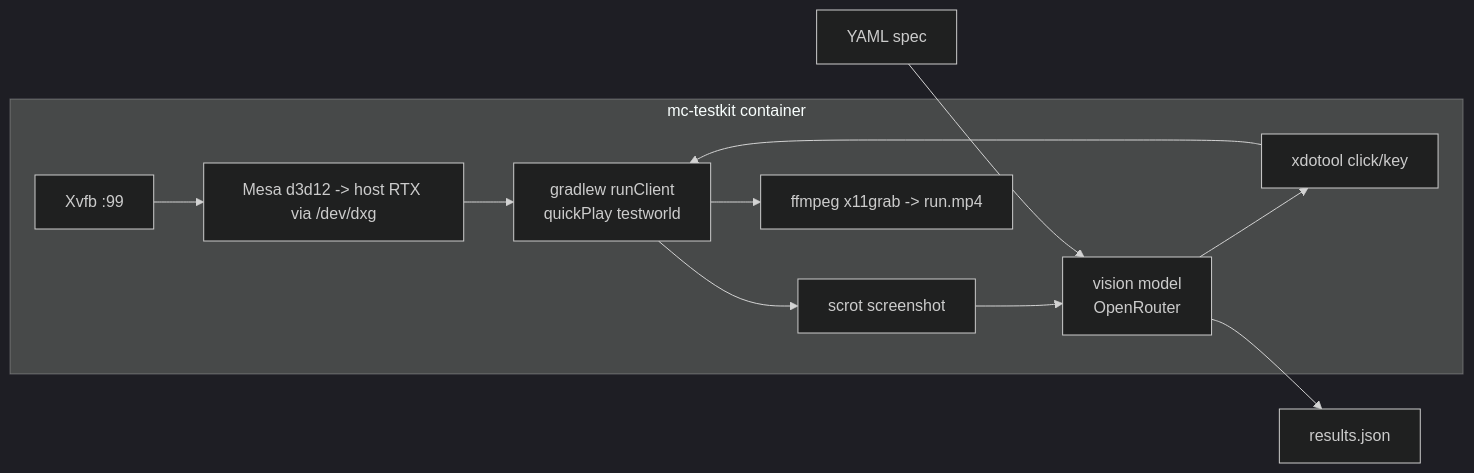
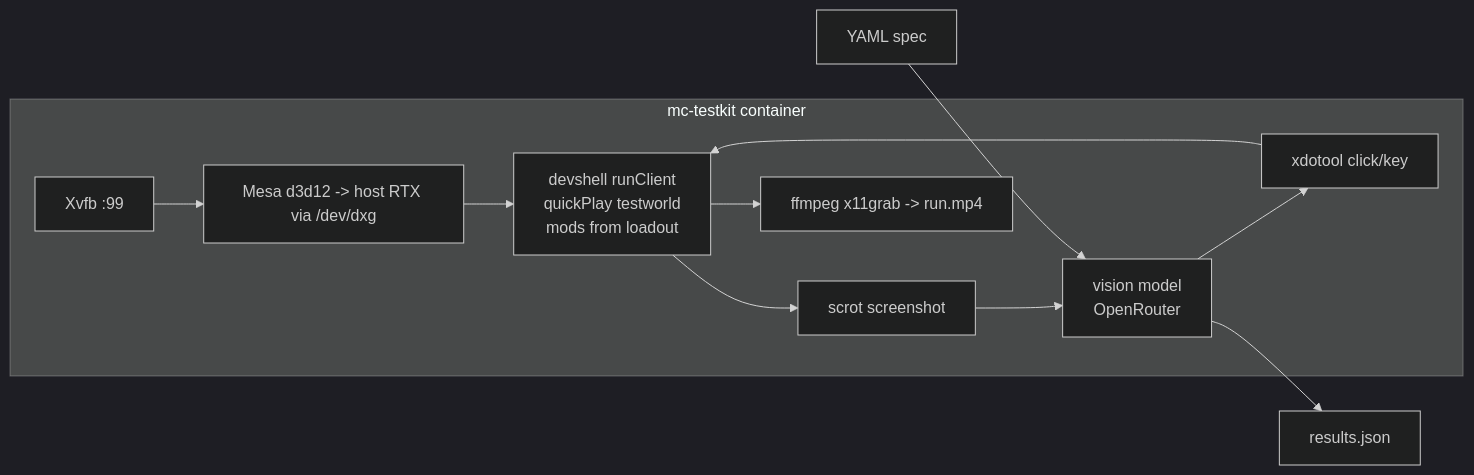
Before and after one commit to botboy0/pathmind: the diagram in website/docs/guides/in-game-testing.md, drawn with Mermaid (dark theme). The commit also changed other lines of this file and 1 other file, not shown here.

First line of the commit message:
Docs: in-game-testing guide + roadmap for the testkit devshell loadout mode

````diff
--- a/website/docs/guides/in-game-testing.md
+++ b/website/docs/guides/in-game-testing.md
@@ -24,14 +28,14 @@
 ```mermaid
 flowchart LR
     subgraph container [mc-testkit container]
         X[Xvfb :99] --> GL[Mesa d3d12 -> host RTX via /dev/dxg]
-        GL --> MC[gradlew runClient<br/>quickPlay testworld]
+        GL --> MC[devshell runClient<br/>quickPlay testworld<br/>mods from loadout]
         MC --> S[scrot screenshot]
         S --> V[vision model<br/>OpenRouter]
         V --> I[xdotool click/key]
         I --> MC
         MC --> F[ffmpeg x11grab -> run.mp4]
     end
     spec[YAML spec] --> V
     V --> R[results.json]
 ```
````
